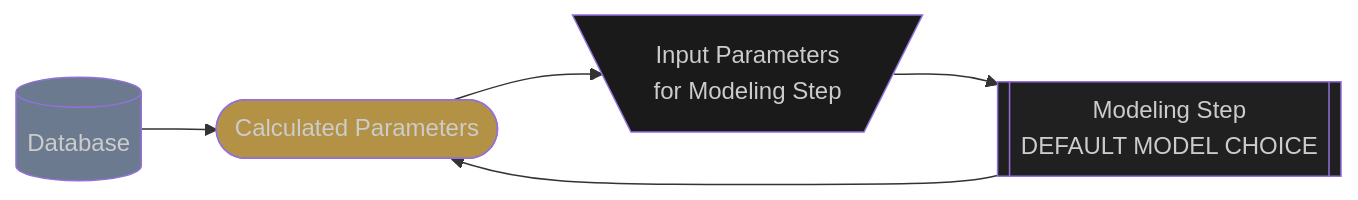
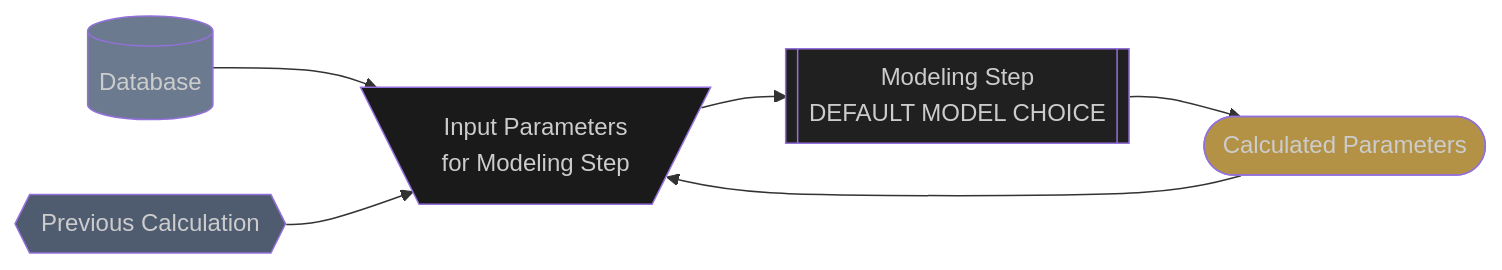
The first of 2 diagrams in src/pv_performance/effective_plane_of_array_irradiance.md (ProximalEnergy/docs-mdbook), drawn with Mermaid before and after one commit. The commit also changed other lines of this file and 12 other files, not shown here.

````diff
--- a/src/pv_performance/effective_plane_of_array_irradiance.md
+++ b/src/pv_performance/effective_plane_of_array_irradiance.md
@@ -22,24 +22,27 @@
 ```mermaid
   flowchart LR
 
   %% --- CLASSES ---
   classDef source fill:#6B7A8F, color:#CCCCCC
+  classDef previous fill:#4F5B6F,color:#CCCCCC
   classDef model fill:#202020, color:#CCCCCC
   classDef inputs fill:#1A1A1A, color:#CCCCCC
   classDef outputs fill:#B39245, color:#CCCCCC
 
   database[(Database)]:::source
+  previous{{Previous Calculation}}:::previous
   model_step[[
     Modeling Step
     DEFAULT MODEL CHOICE
   ]]:::model
   model_inputs[\
     Input Parameters
     for Modeling Step
   /]:::inputs
   model_outputs([Calculated Parameters]):::outputs
 
-  database --> model_outputs
+  database --> model_inputs
+  previous --> model_inputs
   model_inputs --> model_step --> model_outputs --> model_inputs
 
 ```
````
